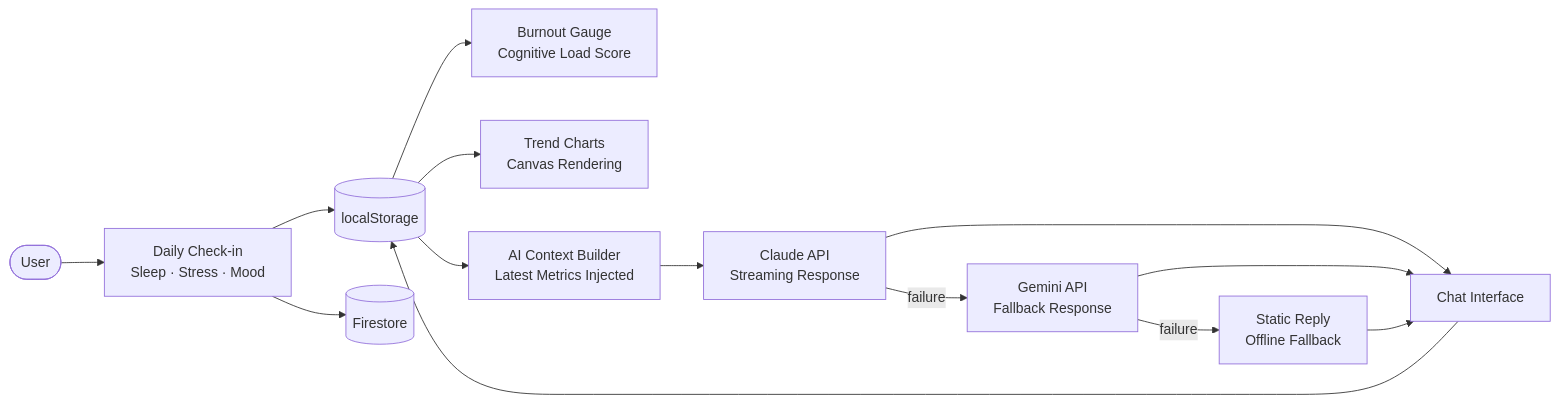
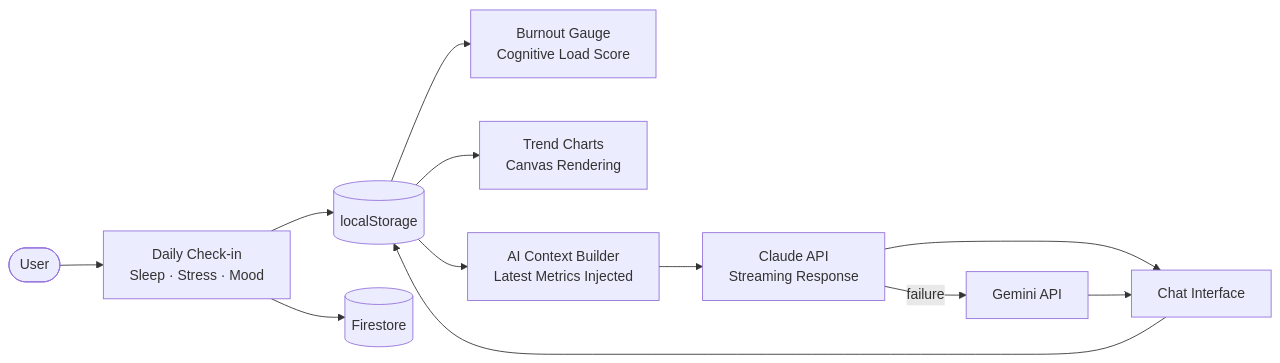
One commit to KrishMody/MindSync-AI changed the second of 2 diagrams in README.md. Above: the diagram before and after it, drawn with Mermaid. The commit also changed other lines of this file, not shown here.

````diff
--- a/README.md
+++ b/README.md
@@ -65,20 +64,18 @@
 ```mermaid
 flowchart LR
     User([User]) --> CheckIn[Daily Check-in\nSleep · Stress · Mood]
     CheckIn --> LS[(localStorage)]
     CheckIn --> Firestore[(Firestore)]
 
     LS --> Dashboard[Burnout Gauge\nCognitive Load Score]
     LS --> Charts[Trend Charts\nCanvas Rendering]
     LS --> CoachContext[AI Context Builder\nLatest Metrics Injected]
 
     CoachContext --> ClaudeAPI[Claude API\nStreaming Response]
-    ClaudeAPI -- "failure" --> GeminiAPI[Gemini API\nFallback Response]
-    GeminiAPI -- "failure" --> StaticReply[Static Reply\nOffline Fallback]
-
+    ClaudeAPI -- "failure" --> GeminiAPI[Gemini API]
+    
     ClaudeAPI --> ChatUI[Chat Interface]
     GeminiAPI --> ChatUI
-    StaticReply --> ChatUI
 
     ChatUI --> LS
 ```
````
